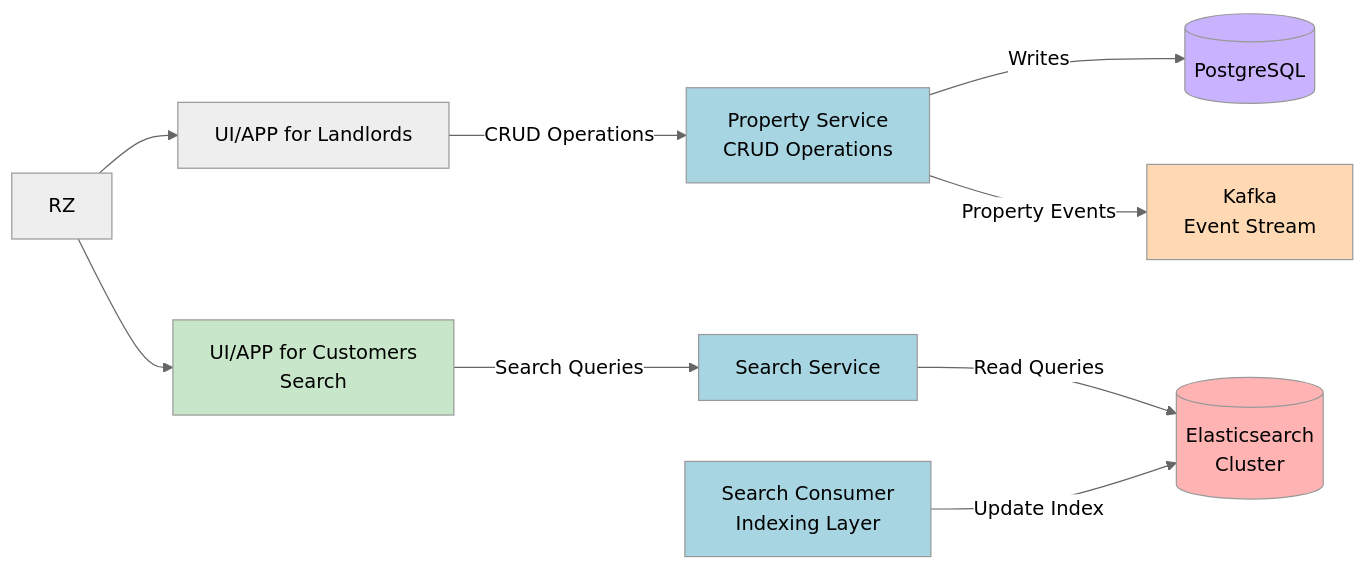
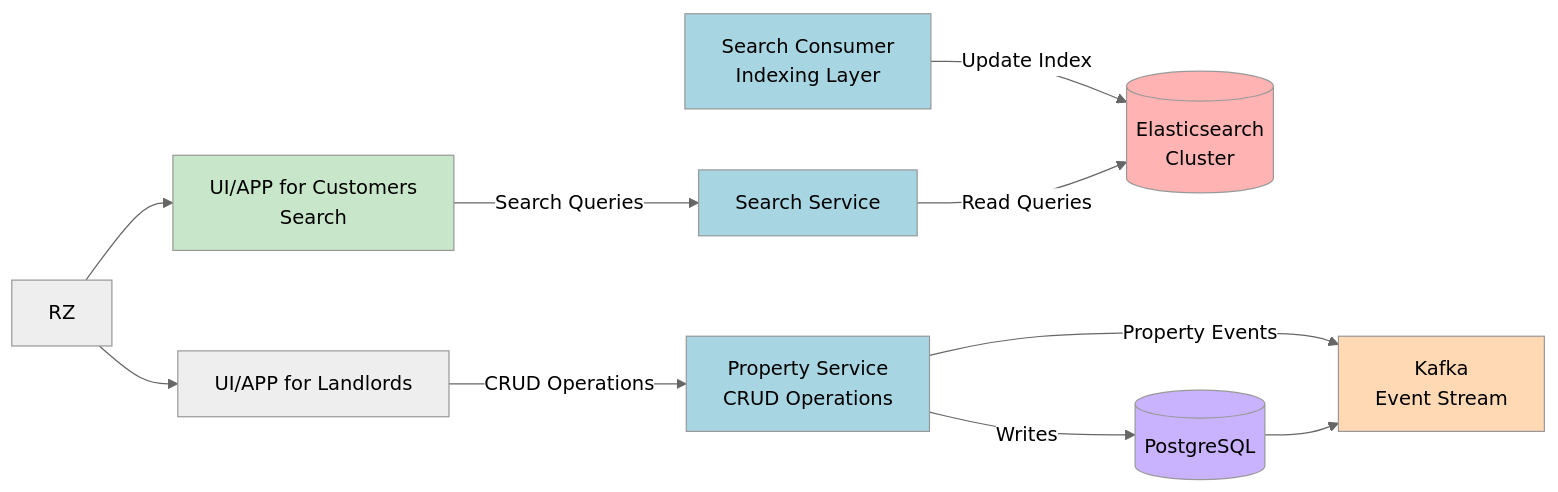
One commit to AdilAbubacker/rentezy_frontend changed the first of 2 diagrams in README.md. Above: the diagram before and after it, drawn with Mermaid (neutral theme).

````diff
--- a/README.md
+++ b/README.md
@@ -18,32 +18,33 @@
 ```mermaid
 graph LR
     RZ[RZ]
     LUI[UI/APP for Landlords]
     UI[UI/APP for Customers<br/>Search]
     SC[Search Consumer<br/>Indexing Layer]
 
     RZ -->LUI
     RZ --> UI
     LUI -->|CRUD Operations| PS[Property Service<br/>CRUD Operations]
     UI -->|Search Queries| SS[Search Service]
 
     
     PS -->|Writes| DB[(PostgreSQL)]
     PS -->|Property Events| K[Kafka<br/>Event Stream]
+    DB --> K
 
     SS -->|Read Queries| ES[(Elasticsearch<br/>Cluster)]
 
     
     SC -->|Update Index| ES
     
     
     
     
     style SS fill:#a8d5e2
     style PS fill:#a8d5e2
     style SC fill:#a8d5e2
     style ES fill:#ffb3b3
     style K fill:#ffd9b3
     style DB fill:#c9b3ff
     style UI fill:#c8e6c9
 ```
````
